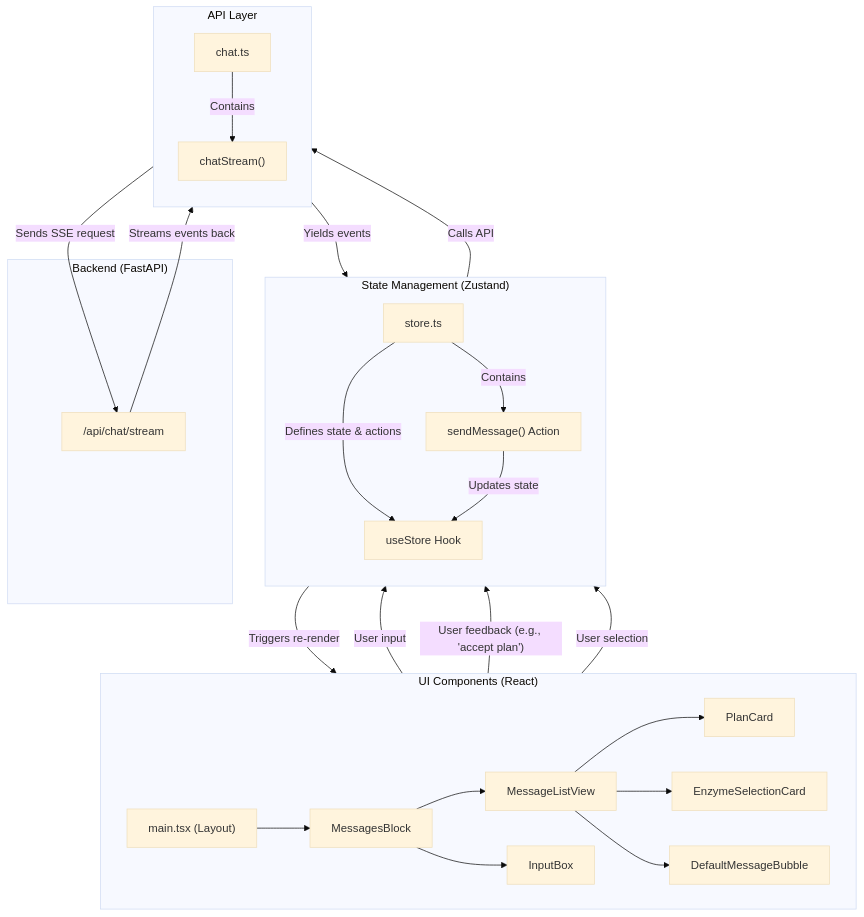
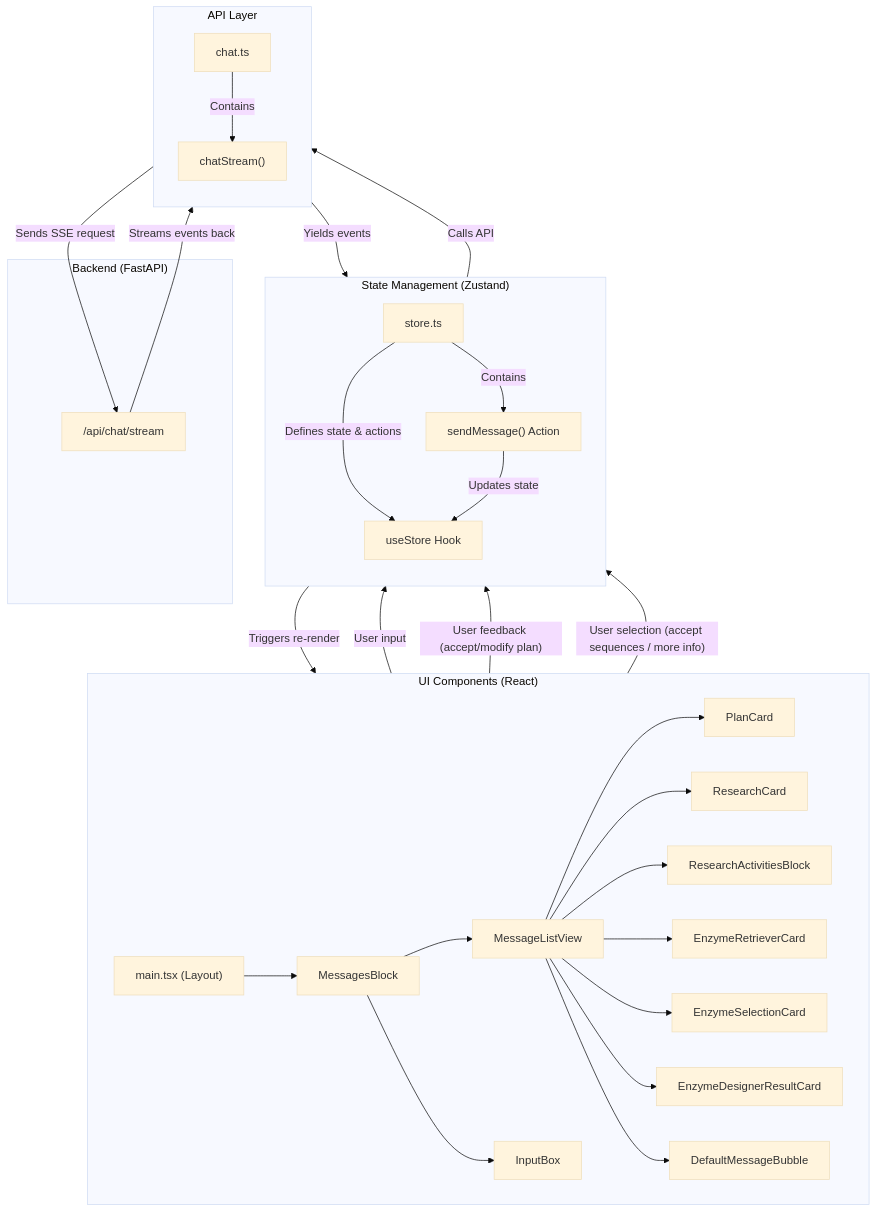
Before and after one commit to Sakura4036/deer-flow: the diagram in web/frontend.md, drawn with Mermaid (base theme). The commit also changed other lines of this file and 31 other files, not shown here.

````diff
--- a/web/frontend.md
+++ b/web/frontend.md
@@ -17,44 +17,48 @@
 ```mermaid
 graph TD
     subgraph "UI Components (React)"
         direction LR
-        A["main.tsx (Layout)"] --> B["MessagesBlock"];
-        B --> C["MessageListView"];
-        C --> D["PlanCard"];
-        C --> E["EnzymeSelectionCard"];
-        C --> F["DefaultMessageBubble"];
-        B --> G["InputBox"];
+        A["main.tsx (Layout)"] --> B["MessagesBlock"]
+        B --> C["MessageListView"]
+        C --> D["PlanCard"]
+        C --> E["ResearchCard"]
+        C --> F["ResearchActivitiesBlock"]
+        C --> G["EnzymeRetrieverCard"]
+        C --> H["EnzymeSelectionCard"]
+        C --> I["EnzymeDesignerResultCard"]
+        C --> J["DefaultMessageBubble"]
+        B --> K["InputBox"]
     end
 
     subgraph "State Management (Zustand)"
         direction TB
-        H["store.ts"];
-        I["useStore Hook"];
-        H -- "Defines state & actions" --> I;
-        J["sendMessage() Action"];
-        H -- "Contains" --> J;
+        L["store.ts"]
+        M["useStore Hook"]
+        L -- "Defines state & actions" --> M
+        N["sendMessage() Action"]
+        L -- "Contains" --> N
     end
     
     subgraph "API Layer"
         direction TB
-        K["chat.ts"];
-        L["chatStream()"];
-        K -- "Contains" --> L;
+        O["chat.ts"]
+        P["chatStream()"]
+        O -- "Contains" --> P
     end
     
     subgraph "Backend (FastAPI)"
-        M["/api/chat/stream"];
+        Q["/api/chat/stream"]
     end
 
     %% Connections
-    G -- "User input" --> J;
-    D -- "User feedback (e.g., 'accept plan')" --> J;
-    E -- "User selection" --> J;
+    K -- "User input" --> N
+    D -- "User feedback (accept/modify plan)" --> N
+    H -- "User selection (accept sequences / more info)" --> N
 
-    J -- "Calls API" --> L;
-    L -- "Sends SSE request" --> M;
-    M -- "Streams events back" --> L;
-    L -- "Yields events" --> J;
-    J -- "Updates state" --> I;
-    I -- "Triggers re-render" --> B;
+    N -- "Calls API" --> P
+    P -- "Sends SSE request" --> Q
+    Q -- "Streams events back" --> P
+    P -- "Yields events" --> N
+    N -- "Updates state" --> M
+    M -- "Triggers re-render" --> B
 ```
````
